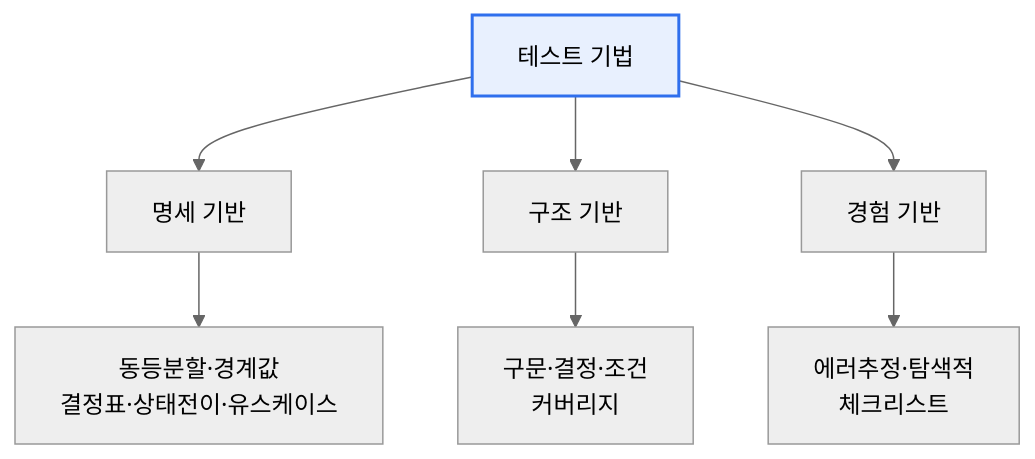
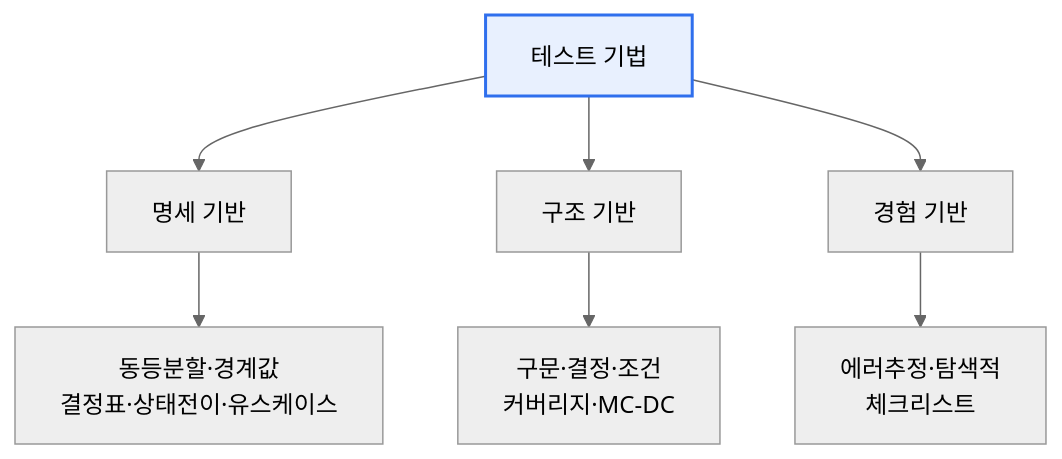
The diagram in content/software-testing.md (coninggu/wjdqhrhksflrltnftk), drawn with Mermaid (neutral theme) before and after one commit. The commit also changed other lines of this file and 5 other files, not shown here.

````diff
--- a/content/software-testing.md
+++ b/content/software-testing.md
@@ -31,10 +47,10 @@
 ```mermaid
 flowchart TB
   T[테스트 기법] --> S[명세 기반]
   T --> C[구조 기반]
   T --> E[경험 기반]
   S --> S1[동등분할·경계값<br/>결정표·상태전이·유스케이스]
-  C --> C1[구문·결정·조건<br/>커버리지]
+  C --> C1[구문·결정·조건<br/>커버리지·MC-DC]
   E --> E1[에러추정·탐색적<br/>체크리스트]
   style T fill:#e8f0fe,stroke:#2f6fed,stroke-width:2px
 ```
````
